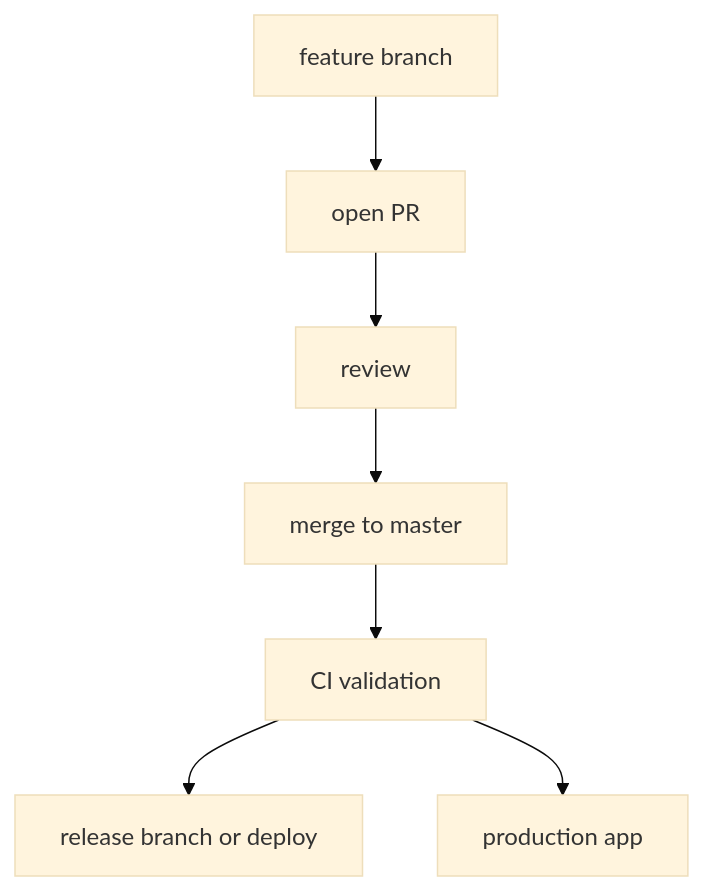
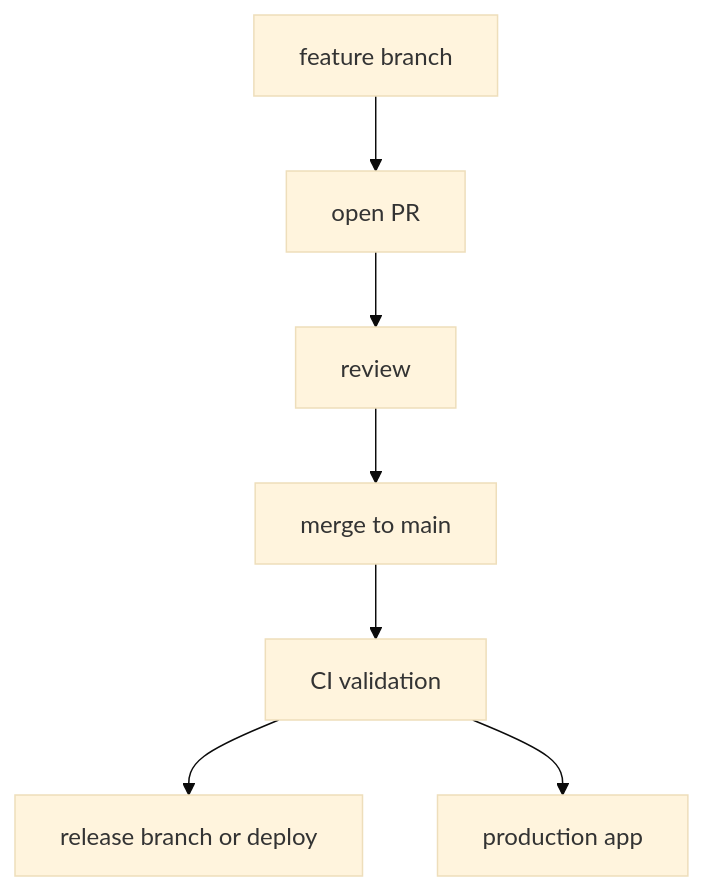
The first of 3 diagrams in docs/04-workflows.md (koldovsky/is-01-docs), drawn with Mermaid (base theme) before and after one commit. The commit also changed other lines of this file and 1 other file, not shown here.

````diff
--- a/docs/04-workflows.md
+++ b/docs/04-workflows.md
@@ -9,9 +9,9 @@
 ```mermaid
 flowchart TD
   A[feature branch] --> B[open PR]
   B --> C[review]
-  C --> D[merge to master]
+  C --> D[merge to main]
   D --> E[CI validation]
   E --> F[release branch or deploy]
   E --> G[production app]
 ```
````
